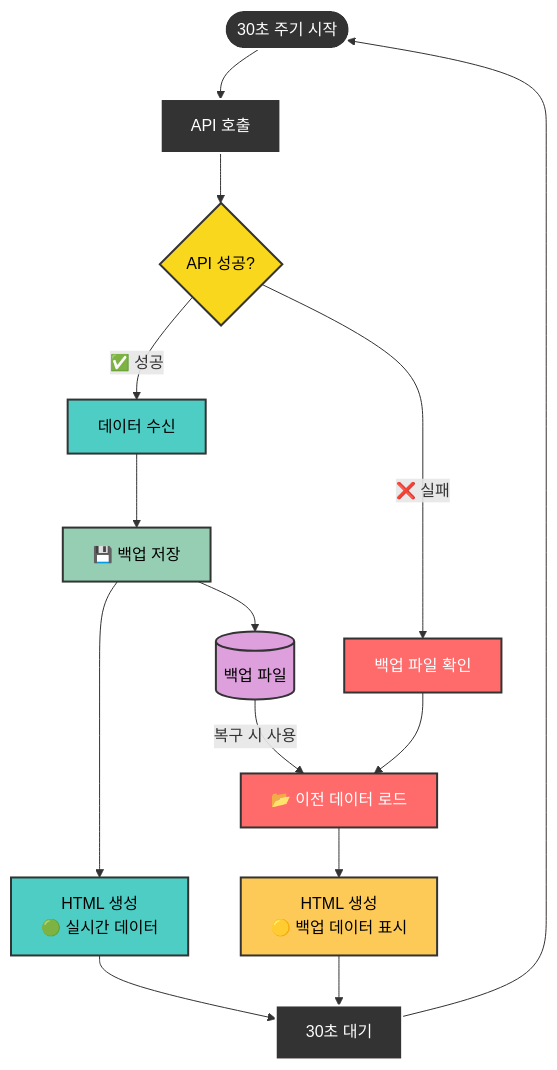
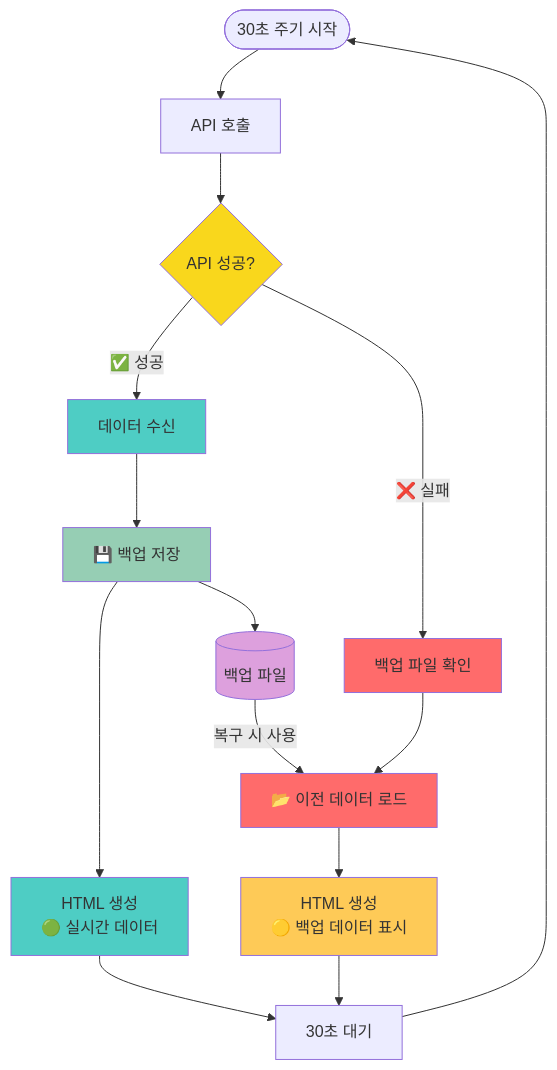
Before and after one commit to DongjuLee0528/realtime-crypto-dashboard: the second of 2 diagrams in README.md, drawn with Mermaid. The commit also changed other lines of this file and 1 other file, not shown here.

````diff
--- a/README.md
+++ b/README.md
@@ -46,33 +46,30 @@
 ```mermaid
 flowchart TD
     Start([30초 주기 시작]) --> API[API 호출]
     API --> Check{API 성공?}
     
     Check -->|✅ 성공| Receive[데이터 수신]
     Check -->|❌ 실패| Backup[백업 파일 확인]
     
     Receive --> Save[💾 백업 저장]
     Save --> HTML1[HTML 생성<br/>🟢 실시간 데이터]
     
     Backup --> Load[📂 이전 데이터 로드]
     Load --> HTML2[HTML 생성<br/>🟡 백업 데이터 표시]
     
     HTML1 --> Wait[30초 대기]
     HTML2 --> Wait
     Wait --> Start
     
     Save --> Files[(백업 파일)]
     Files --> |복구 시 사용| Load
     
-    style Start fill:#333,stroke:#fff,stroke-width:2px,color:#fff
-    style API fill:#333,stroke:#fff,stroke-width:2px,color:#fff
-    style Check fill:#f9d71c,stroke:#333,stroke-width:2px,color:#000
-    style Receive fill:#4ecdc4,stroke:#333,stroke-width:2px,color:#000
-    style Save fill:#96ceb4,stroke:#333,stroke-width:2px,color:#000
-    style HTML1 fill:#4ecdc4,stroke:#333,stroke-width:2px,color:#000
-    style Backup fill:#ff6b6b,stroke:#333,stroke-width:2px,color:#fff
-    style Load fill:#ff6b6b,stroke:#333,stroke-width:2px,color:#fff
-    style HTML2 fill:#feca57,stroke:#333,stroke-width:2px,color:#000
-    style Wait fill:#333,stroke:#fff,stroke-width:2px,color:#fff
-    style Files fill:#dda0dd,stroke:#333,stroke-width:2px,color:#000
+    style Check fill:#f9d71c
+    style Receive fill:#4ecdc4
+    style Save fill:#96ceb4
+    style HTML1 fill:#4ecdc4
+    style Backup fill:#ff6b6b
+    style Load fill:#ff6b6b
+    style HTML2 fill:#feca57
+    style Files fill:#dda0dd
 ```
````
